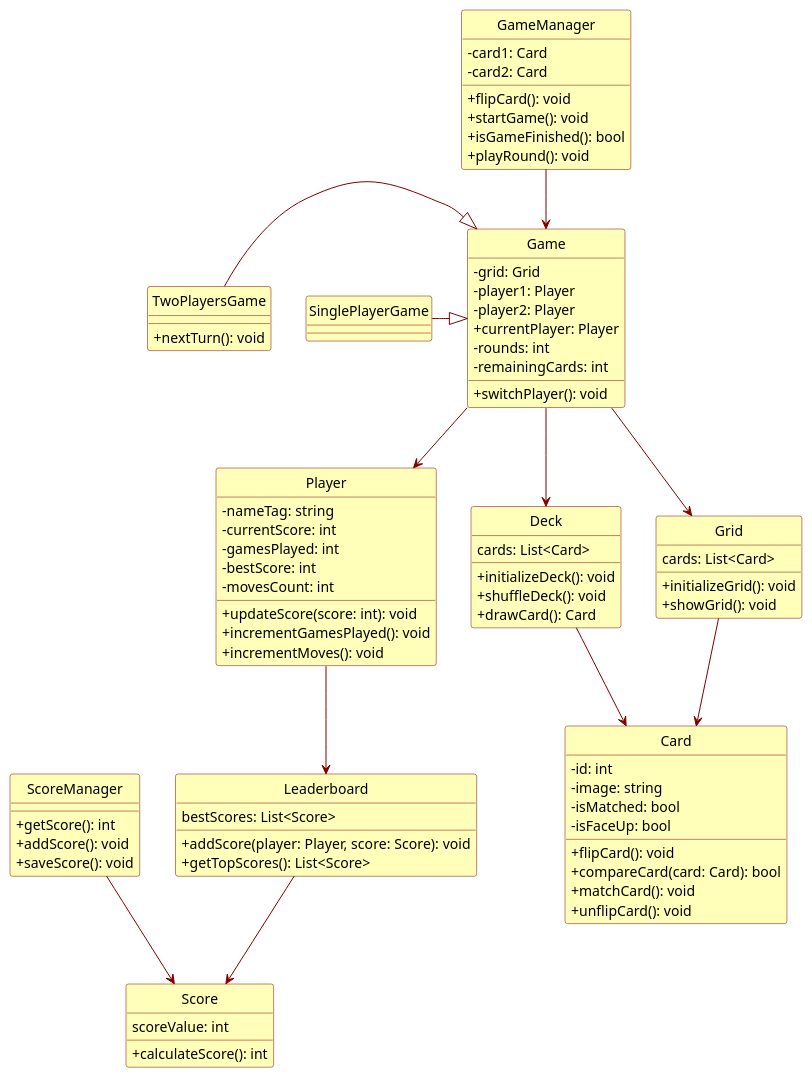
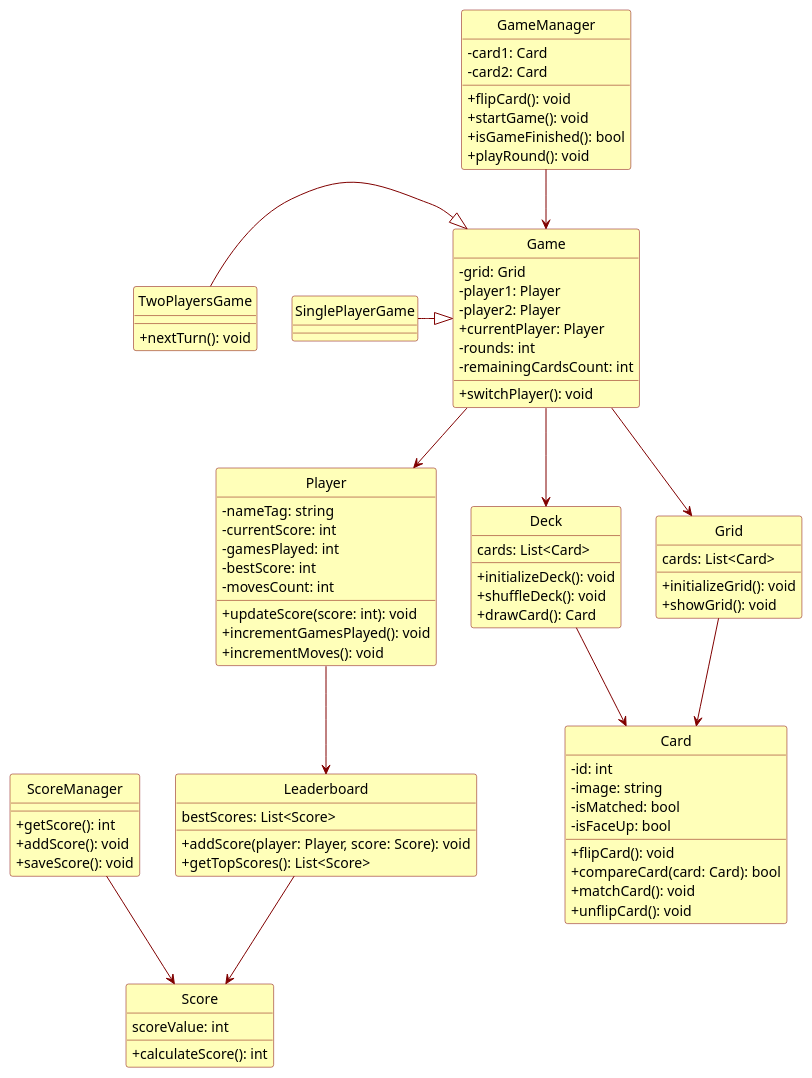
The diagram in src/Docs/Diagrammes/classes.md (PosiTr0n505/Game-Memory), drawn with PlantUML before and after one commit.

Commit message:
Mise à jour de 'src/Docs/Diagrammes/classes.md'

```diff
--- a/src/Docs/Diagrammes/classes.md
+++ b/src/Docs/Diagrammes/classes.md
@@ -53,7 +53,7 @@
 - player2: Player
 + currentPlayer: Player
 - rounds: int
-- remainingCards: int
+- remainingCardsCount: int
 + switchPlayer(): void
 }
 
```
